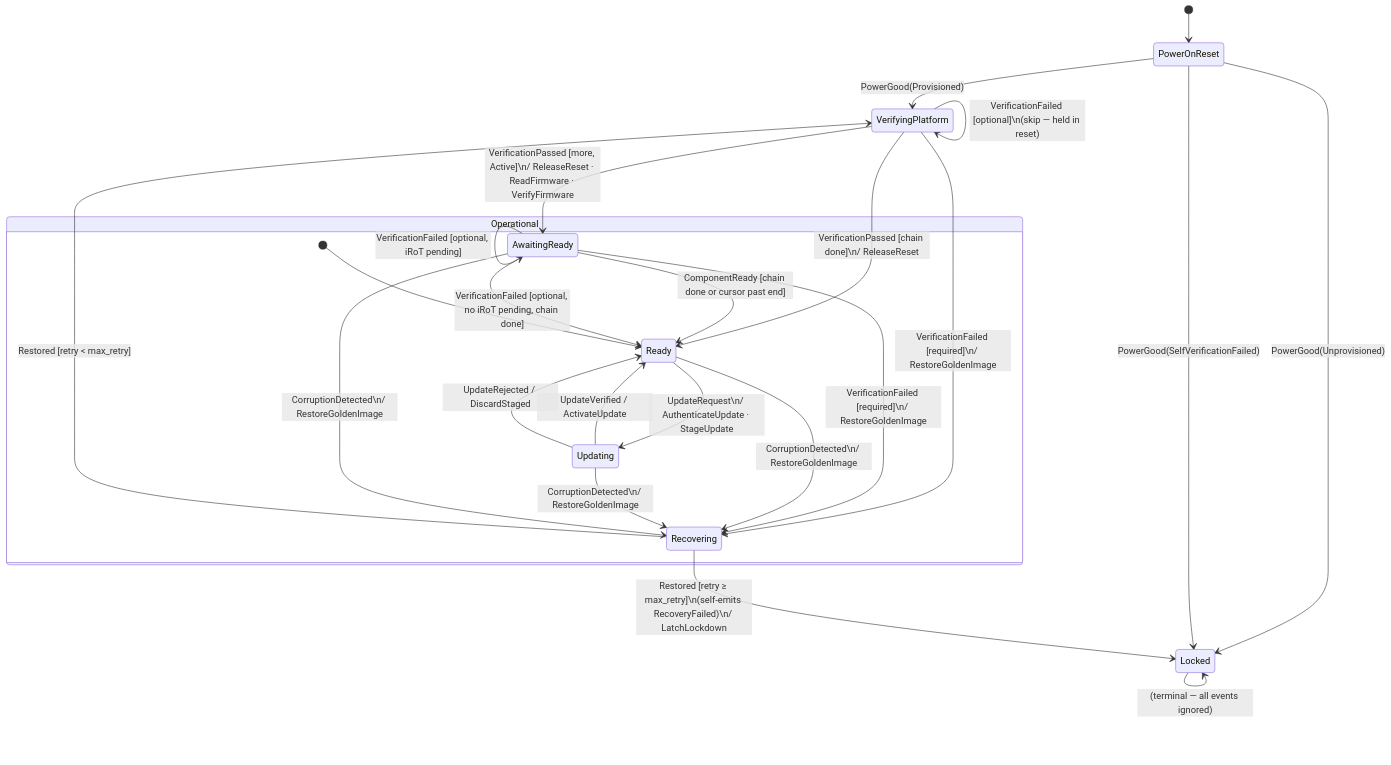
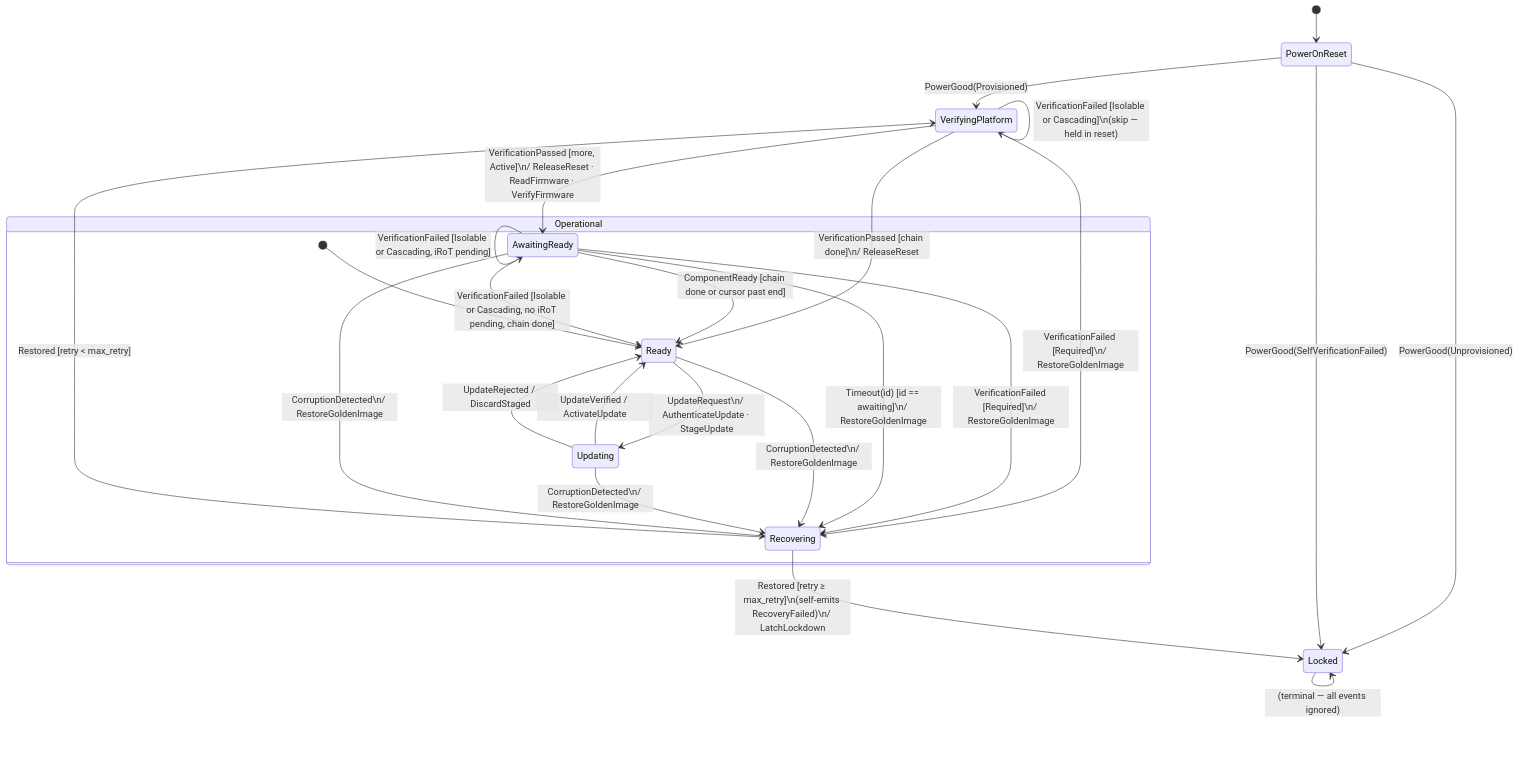
One commit to rusty1968/openprot changed the diagram in docs/src/design/orchestrator/orchestrator-machine.md. Above: the diagram before and after it, drawn with Mermaid. The commit also changed other lines of this file and 3 other files, not shown here.

````diff
--- a/docs/src/design/orchestrator/orchestrator-machine.md
+++ b/docs/src/design/orchestrator/orchestrator-machine.md
@@ -7,35 +7,36 @@
 ```mermaid
 stateDiagram-v2
     [*] --> PowerOnReset
 
     PowerOnReset --> VerifyingPlatform : PowerGood(Provisioned)
     PowerOnReset --> Locked             : PowerGood(Unprovisioned)
     PowerOnReset --> Locked             : PowerGood(SelfVerificationFailed)
 
     VerifyingPlatform --> VerifyingPlatform : VerificationPassed [more, Passive]\n/ ReleaseReset · ReadFirmware · VerifyFirmware
     VerifyingPlatform --> AwaitingReady     : VerificationPassed [more, Active]\n/ ReleaseReset · ReadFirmware · VerifyFirmware
     VerifyingPlatform --> Ready             : VerificationPassed [chain done]\n/ ReleaseReset
-    VerifyingPlatform --> VerifyingPlatform : VerificationFailed [optional]\n(skip — held in reset)
-    VerifyingPlatform --> Recovering        : VerificationFailed [required]\n/ RestoreGoldenImage
+    VerifyingPlatform --> VerifyingPlatform : VerificationFailed [Isolable or Cascading]\n(skip — held in reset)
+    VerifyingPlatform --> Recovering        : VerificationFailed [Required]\n/ RestoreGoldenImage
 
     AwaitingReady --> AwaitingReady : VerificationPassed [more]\n/ ReleaseReset · ReadFirmware · VerifyFirmware
     AwaitingReady --> Ready         : ComponentReady [chain done or cursor past end]
     AwaitingReady --> AwaitingReady : ComponentReady [more]
-    AwaitingReady --> AwaitingReady : VerificationFailed [optional, iRoT pending]
-    AwaitingReady --> Ready         : VerificationFailed [optional, no iRoT pending, chain done]
-    AwaitingReady --> Recovering    : VerificationFailed [required]\n/ RestoreGoldenImage
+    AwaitingReady --> AwaitingReady : VerificationFailed [Isolable or Cascading, iRoT pending]
+    AwaitingReady --> Ready         : VerificationFailed [Isolable or Cascading, no iRoT pending, chain done]
+    AwaitingReady --> Recovering    : VerificationFailed [Required]\n/ RestoreGoldenImage
+    AwaitingReady --> Recovering    : Timeout(id) [id == awaiting]\n/ RestoreGoldenImage
 
     state Operational {
         [*]           --> Ready
         Ready         --> Updating      : UpdateRequest\n/ AuthenticateUpdate · StageUpdate
         Updating      --> Ready         : UpdateVerified / ActivateUpdate
         Updating      --> Ready         : UpdateRejected / DiscardStaged
         Ready         --> Recovering    : CorruptionDetected\n/ RestoreGoldenImage
         Updating      --> Recovering    : CorruptionDetected\n/ RestoreGoldenImage
         AwaitingReady --> Recovering    : CorruptionDetected\n/ RestoreGoldenImage
     }
 
     Recovering --> VerifyingPlatform : Restored [retry < max_retry]
     Recovering --> Locked    : Restored [retry ≥ max_retry]\n(self-emits RecoveryFailed)\n/ LatchLockdown
     Locked     --> Locked    : (terminal — all events ignored)
 ```
````
